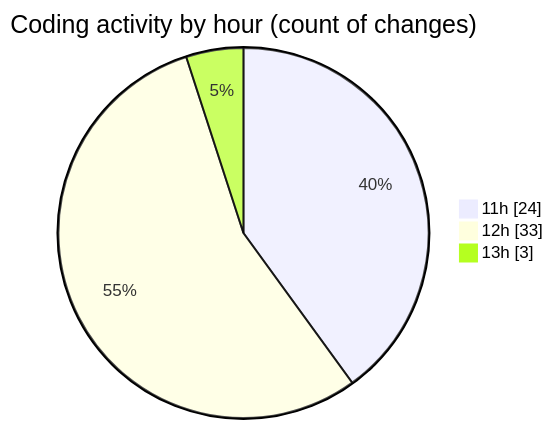
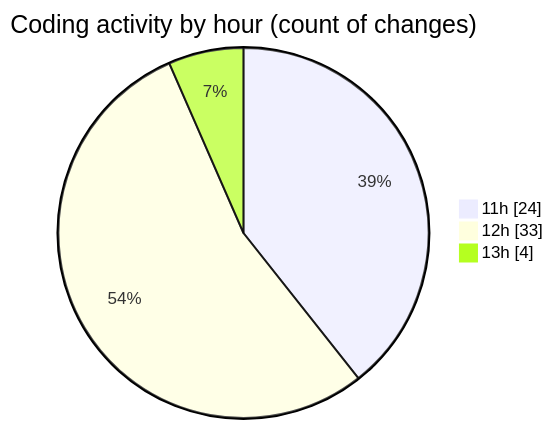
The second of 2 diagrams in 2025-07-21/shop/README.md (vahidmafi/code-tracking), drawn with Mermaid before and after one commit. The commit also changed other lines of this file and 1 other file, not shown here.

````diff
--- a/2025-07-21/shop/README.md
+++ b/2025-07-21/shop/README.md
@@ -36,7 +36,7 @@
 ```mermaid
 pie showData
 title Coding activity by hour (count of changes)
 "11h" : 24
 "12h" : 33
-"13h" : 3
+"13h" : 4
 ```
````
